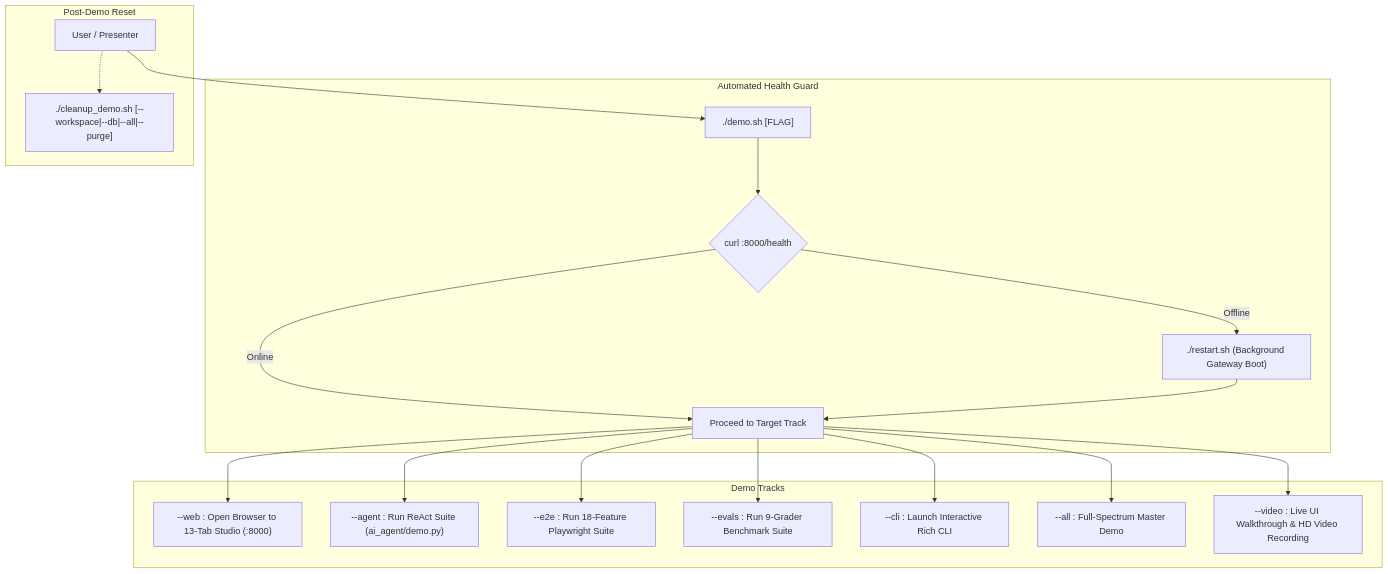
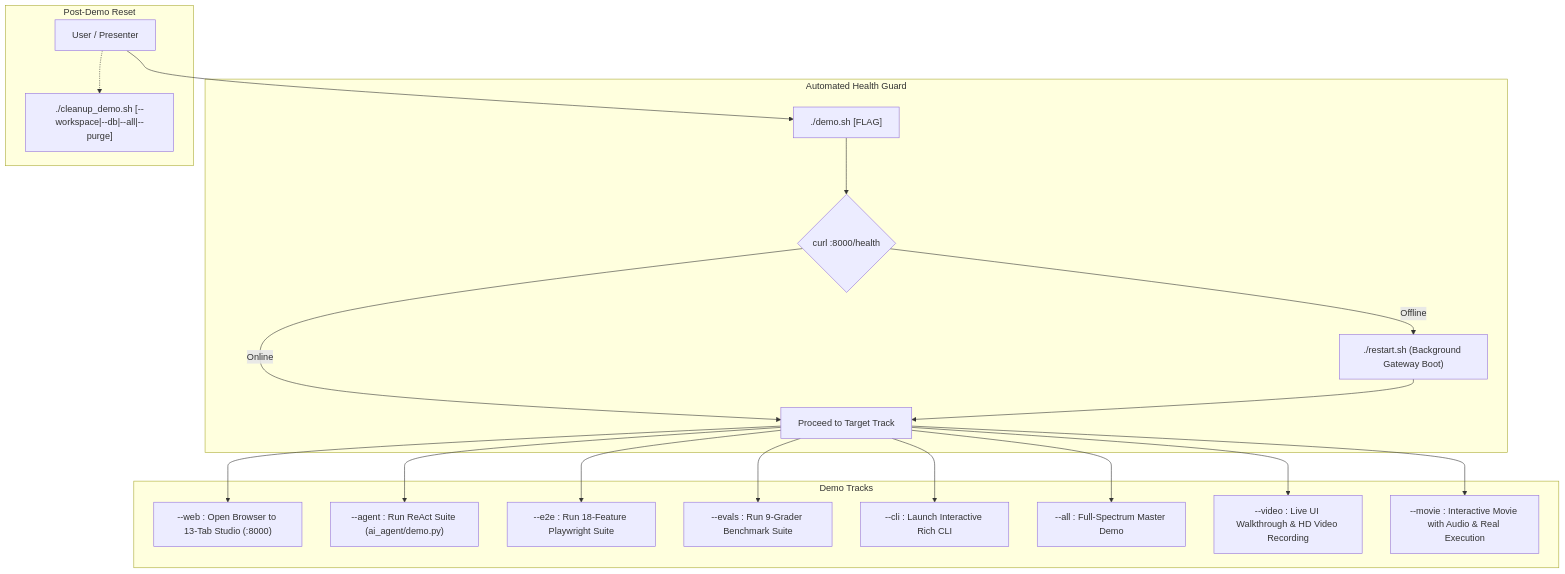
Before and after one commit to vdonthireddy/agentic-ai: the diagram in demo.md, drawn with Mermaid. The commit also changed other lines of this file and 4 other files, not shown here.

Commit message:
feat(demo): add interactive movie recorder with real execution and live audio narration

````diff
--- a/demo.md
+++ b/demo.md
@@ -32,25 +32,26 @@
 ```mermaid
 flowchart TD
     USER["User / Presenter"] --> DEMO_SH["./demo.sh [FLAG]"]
     
     subgraph HealthCheck["Automated Health Guard"]
         DEMO_SH --> CHECK{"curl :8000/health"}
         CHECK -->|"Offline"| BOOT["./restart.sh (Background Gateway Boot)"]
         CHECK -->|"Online"| READY["Proceed to Target Track"]
         BOOT --> READY
     end
 
     subgraph Tracks["Demo Tracks"]
         READY --> T1["--web : Open Browser to 13-Tab Studio (:8000)"]
         READY --> T2["--agent : Run ReAct Suite (ai_agent/demo.py)"]
         READY --> T3["--e2e : Run 18-Feature Playwright Suite"]
         READY --> T4["--evals : Run 9-Grader Benchmark Suite"]
         READY --> T5["--cli : Launch Interactive Rich CLI"]
         READY --> T6["--all : Full-Spectrum Master Demo"]
         READY --> T7["--video : Live UI Walkthrough & HD Video Recording"]
+        READY --> T8["--movie : Interactive Movie with Audio & Real Execution"]
     end
 
     subgraph Cleanup["Post-Demo Reset"]
         USER -.-> CLEAN["./cleanup_demo.sh [--workspace|--db|--all|--purge]"]
     end
 ```
````
